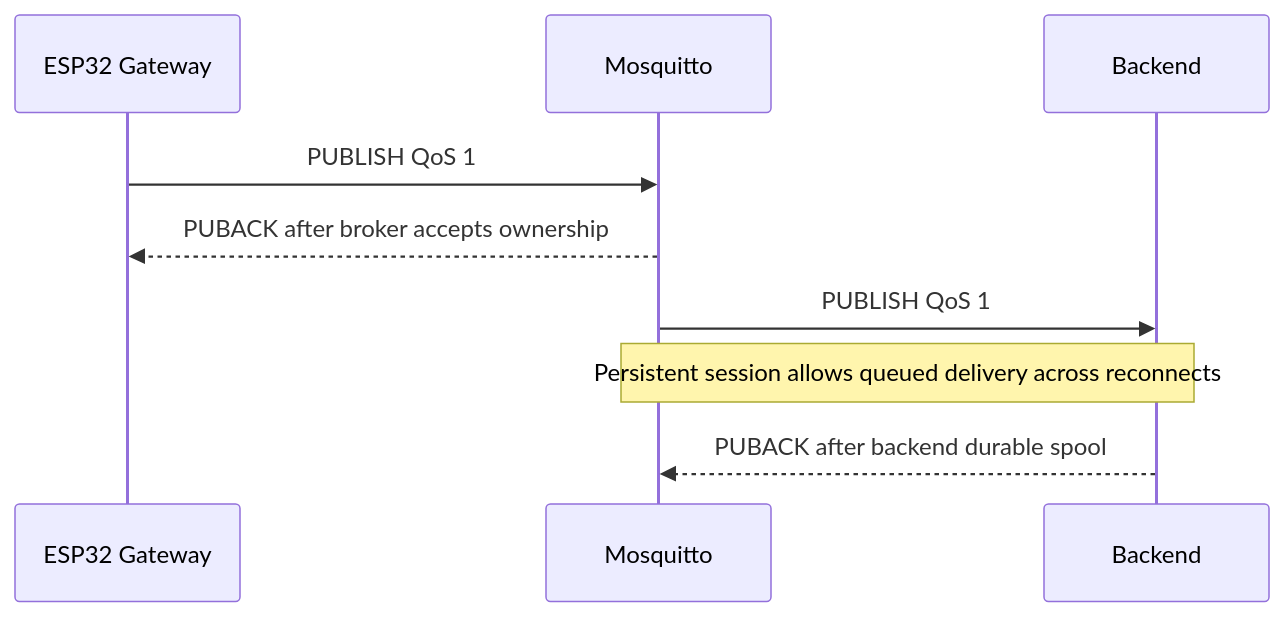
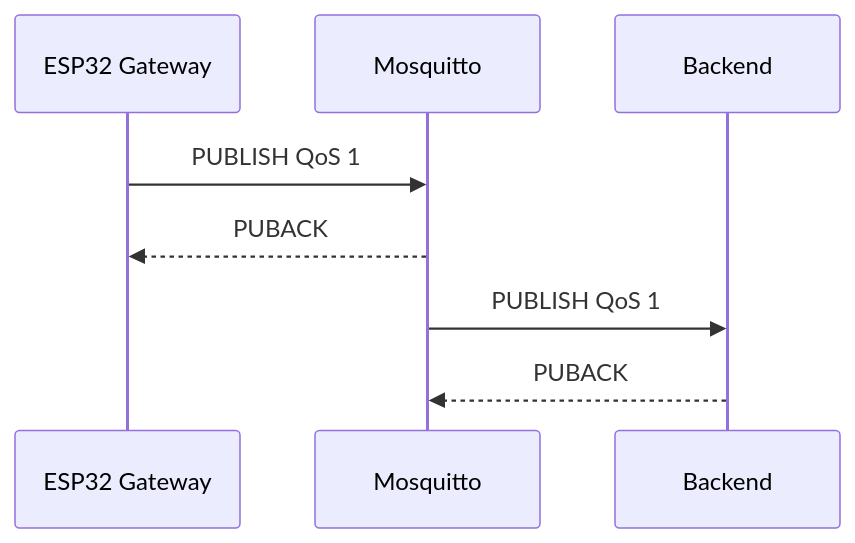
Before and after one commit to haikevins/iot-system: the diagram in broker/README.md, drawn with Mermaid. The commit also changed other lines of this file, not shown here.

Commit message:
update: README.md

````diff
--- a/broker/README.md
+++ b/broker/README.md
@@ -54,11 +54,10 @@
 ```mermaid
 sequenceDiagram
     participant G as ESP32 Gateway
     participant M as Mosquitto
     participant B as Backend
     G->>M: PUBLISH QoS 1
-    M-->>G: PUBACK after broker accepts ownership
+    M-->>G: PUBACK
     M->>B: PUBLISH QoS 1
-    Note over M,B: Persistent session allows queued delivery across reconnects
-    B-->>M: PUBACK after backend durable spool
+    B-->>M: PUBACK
 ```
````
